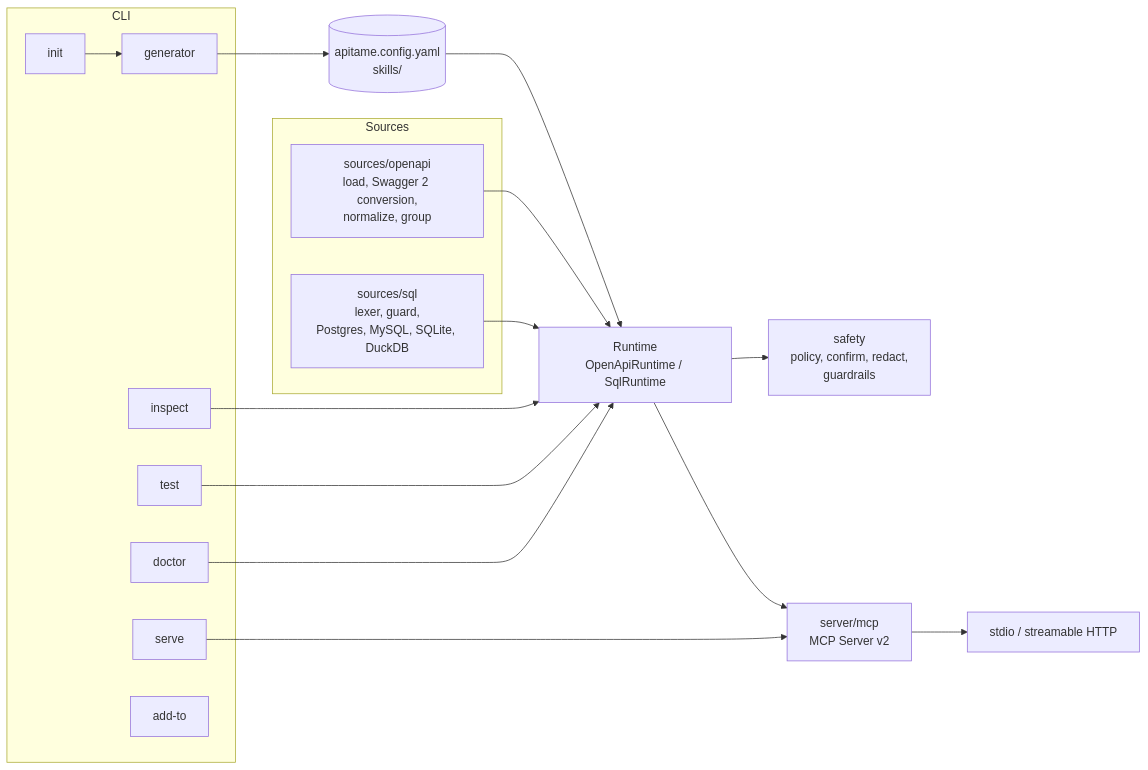
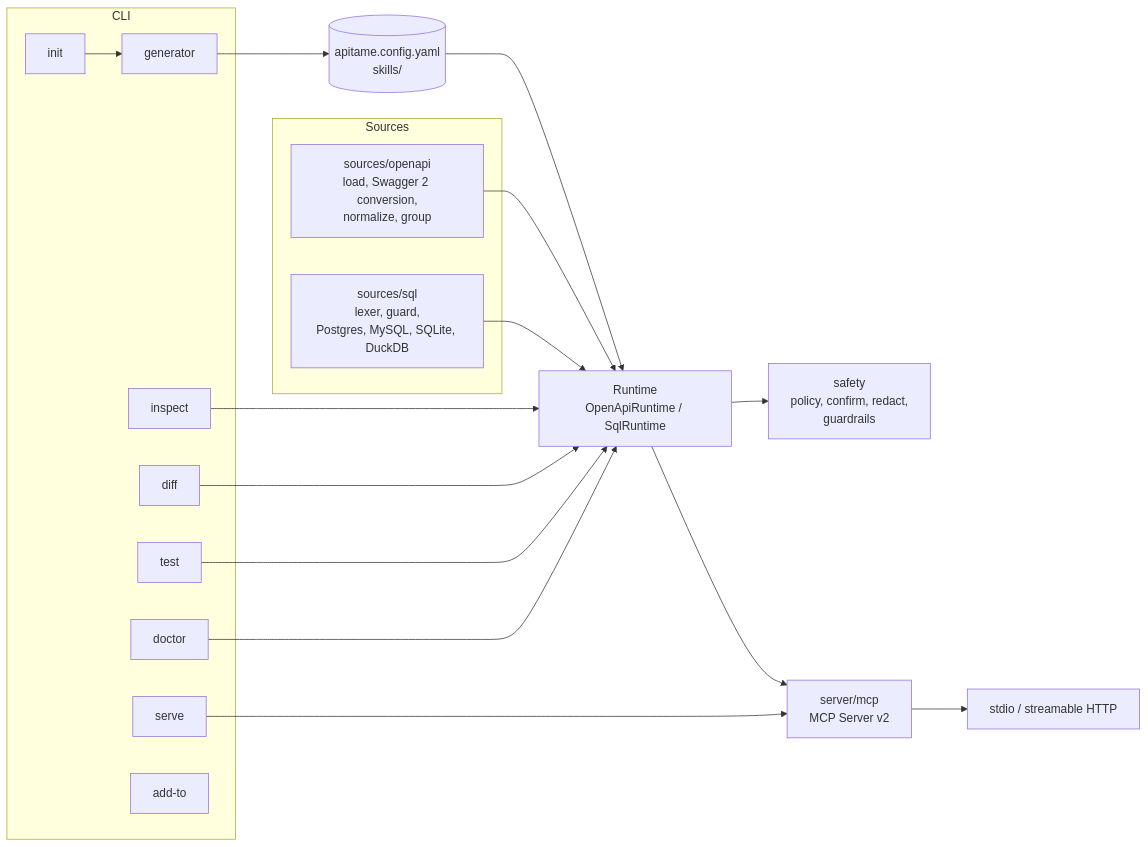
One commit to albert-canfield/apitame changed the diagram in docs/architecture.md. Above: the diagram before and after it, drawn with Mermaid. The commit also changed other lines of this file and 13 other files, not shown here.

````diff
--- a/docs/architecture.md
+++ b/docs/architecture.md
@@ -5,27 +5,29 @@
 ```mermaid
 flowchart LR
   subgraph CLI
     init[init] --> gen[generator]
     serve[serve]
     inspect[inspect]
+    diff[diff]
     test[test]
     doctor[doctor]
     addto[add-to]
   end
   subgraph Sources
     oas[sources/openapi<br/>load, Swagger 2 conversion,<br/>normalize, group]
     sql[sources/sql<br/>lexer, guard,<br/>Postgres, MySQL, SQLite, DuckDB]
   end
   cfg[(apitame.config.yaml<br/>skills/)]
   gen --> cfg
   cfg --> rt
   oas --> rt
   sql --> rt
   rt[Runtime<br/>OpenApiRuntime / SqlRuntime] --> safety[safety<br/>policy, confirm, redact,<br/>guardrails]
   rt --> mcp[server/mcp<br/>MCP Server v2]
   mcp --> tr[stdio / streamable HTTP]
   serve --> mcp
   inspect --> rt
+  diff --> rt
   test --> rt
   doctor --> rt
 ```
````
